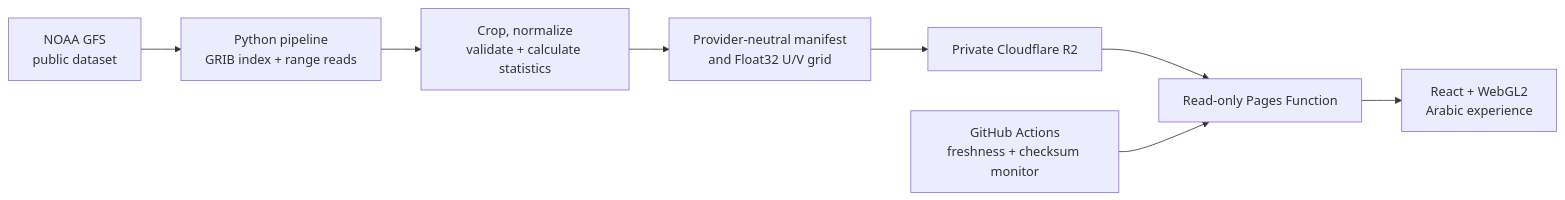
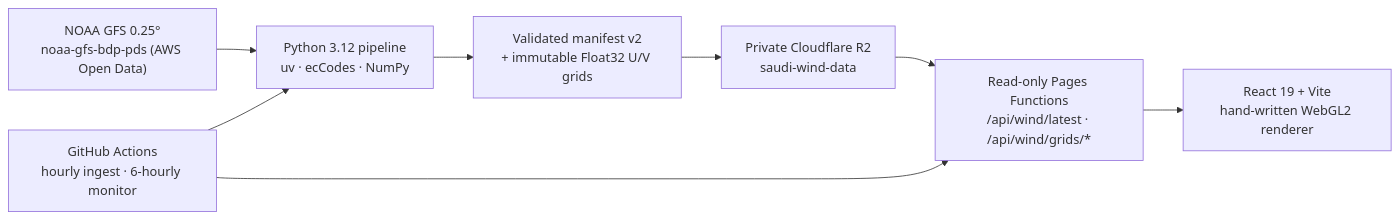
One commit to Y3FAI/saudi-wind changed the diagram in README.md. Above: the diagram before and after it, drawn with Mermaid. The commit also changed other lines of this file and 36 other files, not shown here.

Commit message:
test+docs: browser specs for forecast/mobile/resilience, CI freshness guard, perf budgets, architecture+ops+testing docs, repo templates

````diff
--- a/README.md
+++ b/README.md
@@ -66,10 +61,10 @@
 ```mermaid
 flowchart LR
-    GFS["NOAA GFS<br/>public dataset"] --> PIPELINE["Python pipeline<br/>GRIB index + range reads"]
-    PIPELINE --> VALIDATE["Crop, normalize<br/>validate + calculate statistics"]
-    VALIDATE --> CONTRACT["Provider-neutral manifest<br/>and Float32 U/V grid"]
-    CONTRACT --> R2["Private Cloudflare R2"]
-    R2 --> API["Read-only Pages Function"]
-    API --> UI["React + WebGL2<br/>Arabic experience"]
-    MONITOR["GitHub Actions<br/>freshness + checksum monitor"] --> API
+    NOAA["NOAA GFS 0.25°<br/>noaa-gfs-bdp-pds (AWS Open Data)"] --> PIPE["Python 3.12 pipeline<br/>uv · ecCodes · NumPy"]
+    PIPE --> ART["Validated manifest v2<br/>+ immutable Float32 U/V grids"]
+    ART --> R2["Private Cloudflare R2<br/>saudi-wind-data"]
+    R2 --> FN["Read-only Pages Functions<br/>/api/wind/latest · /api/wind/grids/*"]
+    FN --> UI["React 19 + Vite<br/>hand-written WebGL2 renderer"]
+    GHA["GitHub Actions<br/>hourly ingest · 6-hourly monitor"] --> PIPE
+    GHA --> FN
 ```
````
